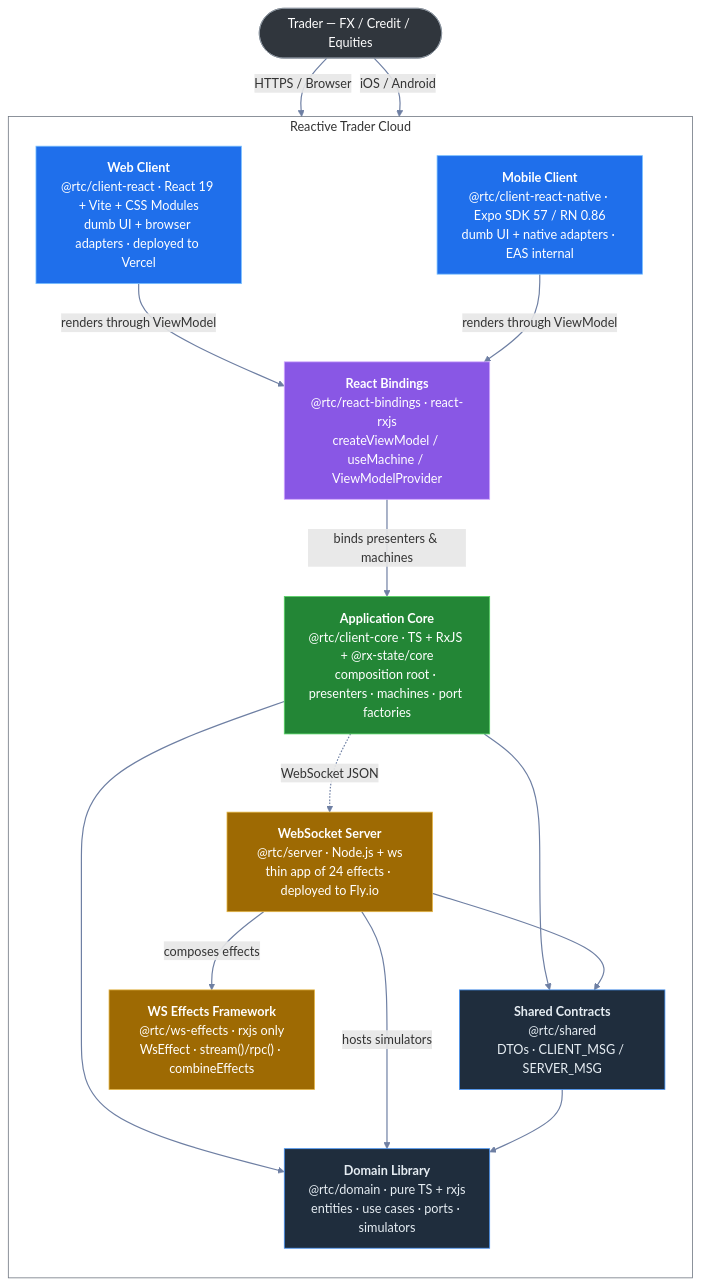
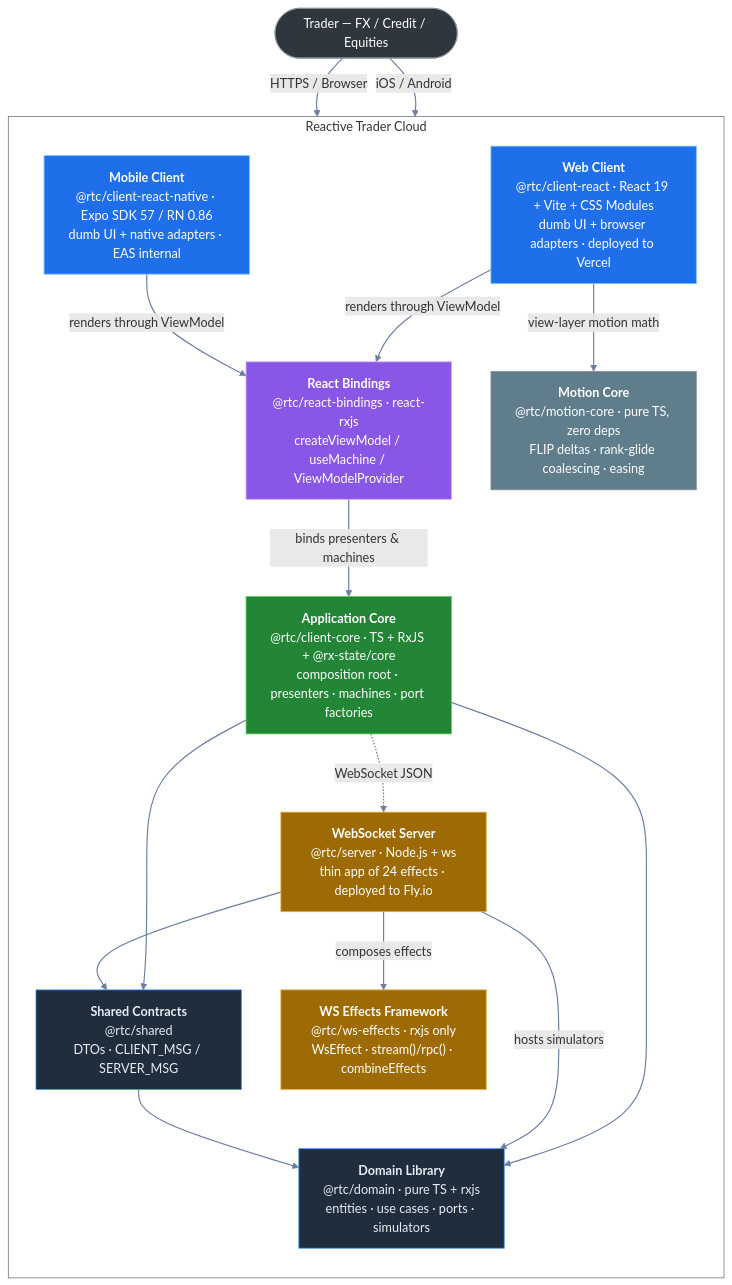
The second of 6 diagrams in docs/architecture/02-c4-model.md (bettersoftware-io/ReactiveTraderCloudClone), drawn with Mermaid before and after one commit. The commit also changed other lines of this file and 11 other files, not shown here.

Commit message:
docs: fold @rtc/motion-core into package graph, counts, and depcruise catalogue

````diff
--- a/docs/architecture/02-c4-model.md
+++ b/docs/architecture/02-c4-model.md
@@ -43,38 +43,41 @@
 ```mermaid
 flowchart TB
     trader(["Trader — FX / Credit / Equities"]):::actor
 
     subgraph rtc["Reactive Trader Cloud"]
         direction TB
         webClient["<b>Web Client</b><br/>@rtc/client-react · React 19 + Vite + CSS Modules<br/>dumb UI + browser adapters · deployed to Vercel"]:::ui
         rnClient["<b>Mobile Client</b><br/>@rtc/client-react-native · Expo SDK 57 / RN 0.86<br/>dumb UI + native adapters · EAS internal"]:::ui
         bindings["<b>React Bindings</b><br/>@rtc/react-bindings · react-rxjs<br/>createViewModel / useMachine / ViewModelProvider"]:::bridge
         core["<b>Application Core</b><br/>@rtc/client-core · TS + RxJS + @rx-state/core<br/>composition root · presenters · machines · port factories"]:::core
         server["<b>WebSocket Server</b><br/>@rtc/server · Node.js + ws<br/>thin app of 24 effects · deployed to Fly.io"]:::server
         wsEffects["<b>WS Effects Framework</b><br/>@rtc/ws-effects · rxjs only<br/>WsEffect · stream()/rpc() · combineEffects"]:::server
         domain["<b>Domain Library</b><br/>@rtc/domain · pure TS + rxjs<br/>entities · use cases · ports · simulators"]:::domain
         shared["<b>Shared Contracts</b><br/>@rtc/shared<br/>DTOs · CLIENT_MSG / SERVER_MSG"]:::domain
+        motionCore["<b>Motion Core</b><br/>@rtc/motion-core · pure TS, zero deps<br/>FLIP deltas · rank-glide coalescing · easing"]:::leaf
     end
 
     trader -->|"HTTPS / Browser"| webClient
     trader -->|"iOS / Android"| rnClient
     webClient -->|"renders through ViewModel"| bindings
     rnClient -->|"renders through ViewModel"| bindings
+    webClient -->|"view-layer motion math"| motionCore
     bindings -->|"binds presenters & machines"| core
     core --> domain
     core --> shared
     core -. WebSocket JSON .-> server
     server -->|"composes effects"| wsEffects
     server -->|"hosts simulators"| domain
     server --> shared
     shared --> domain
 
     classDef actor  fill:#30363d,stroke:#8b949e,color:#ffffff
     classDef ui     fill:#1f6feb,stroke:#79c0ff,color:#ffffff
     classDef bridge fill:#8957e5,stroke:#d2a8ff,color:#ffffff
     classDef core   fill:#238636,stroke:#56d364,color:#ffffff
     classDef server fill:#9e6a03,stroke:#e3b341,color:#ffffff
     classDef domain fill:#1f2d3d,stroke:#4493f8,color:#e6edf3
+    classDef leaf   fill:#607d8b,stroke:#8b949e,color:#ffffff
     style rtc fill:transparent,stroke:#6e7681
     linkStyle default stroke:#6e7fa3,stroke-width:1.5px
 ```
````
